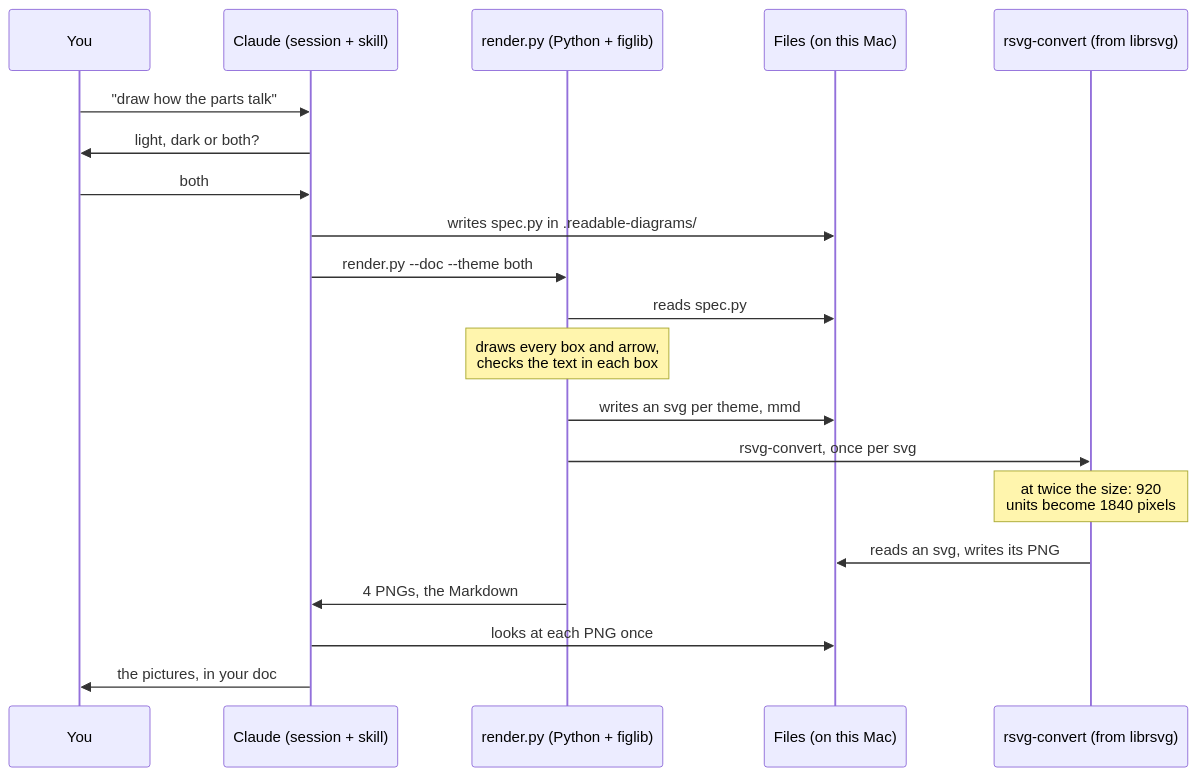
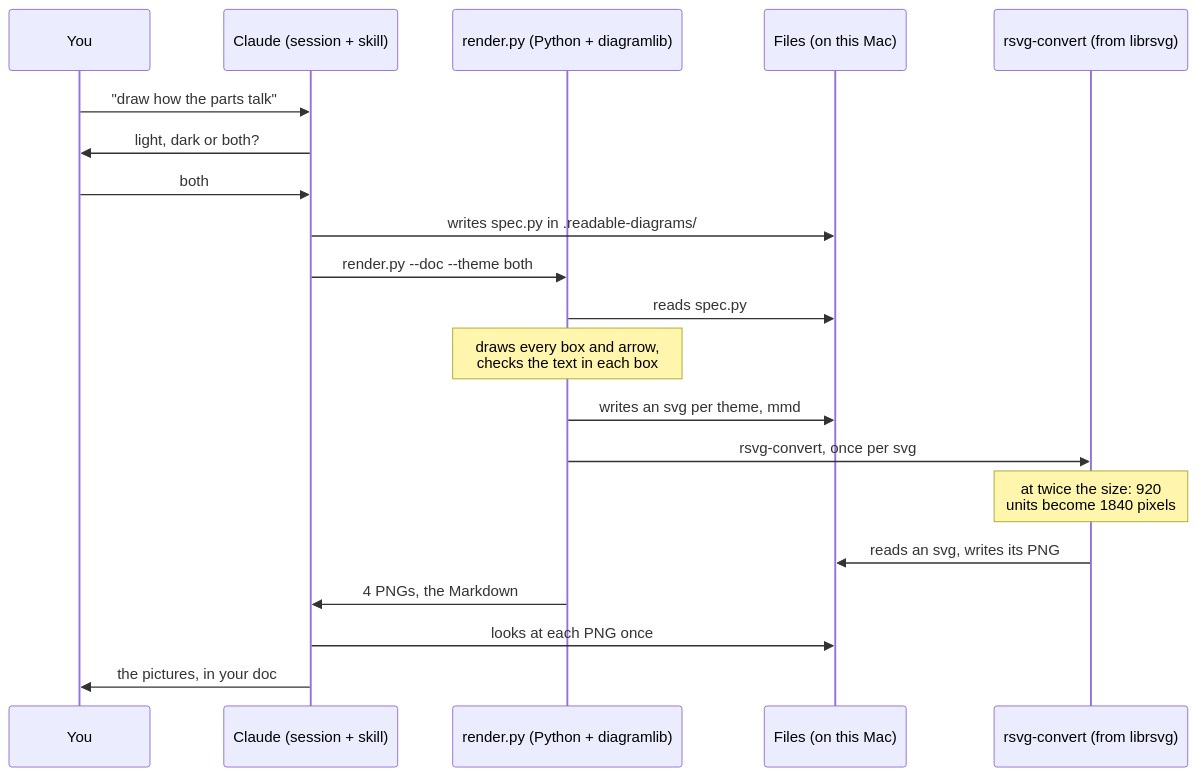
Before and after one commit to DanTanzer/dans-skills: the second of 2 diagrams in skills/readable-diagrams/HOW-IT-WORKS.md, drawn with Mermaid. The commit also changed other lines of this file and 17 other files, not shown here.

First line of the commit message:
readable-diagrams: figlib is now diagramlib, and a figure is a diagram

````diff
--- a/skills/readable-diagrams/HOW-IT-WORKS.md
+++ b/skills/readable-diagrams/HOW-IT-WORKS.md
@@ -68,22 +68,22 @@
 ```mermaid
 sequenceDiagram
   participant U as You
   participant C as Claude (session + skill)
-  participant R as render.py (Python + figlib)
+  participant R as render.py (Python + diagramlib)
   participant F as Files (on this Mac)
   participant X as rsvg-convert (from librsvg)
   U->>C: "draw how the parts talk"
   C->>U: light, dark or both?
   U->>C: both
   C->>F: writes spec.py in .readable-diagrams/
   C->>R: render.py --doc --theme both
   R->>F: reads spec.py
   Note over R: draws every box and arrow,<br/>checks the text in each box
   R->>F: writes an svg per theme, mmd
   R->>X: rsvg-convert, once per svg
   Note over X: at twice the size: 920<br/>units become 1840 pixels
   X->>F: reads an svg, writes its PNG
   R->>C: 4 PNGs, the Markdown
   C->>F: looks at each PNG once
   C->>U: the pictures, in your doc
 ```
````
